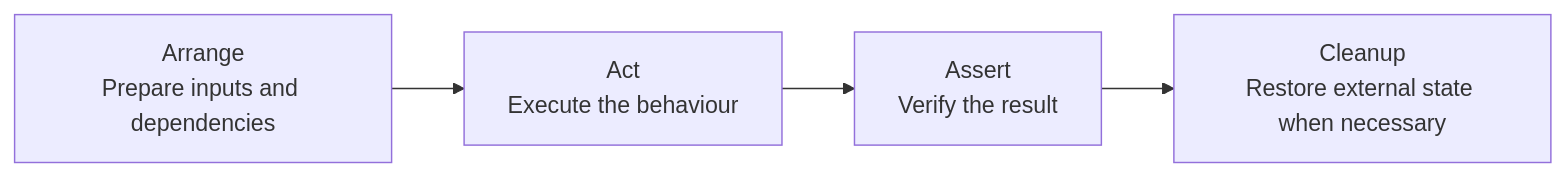
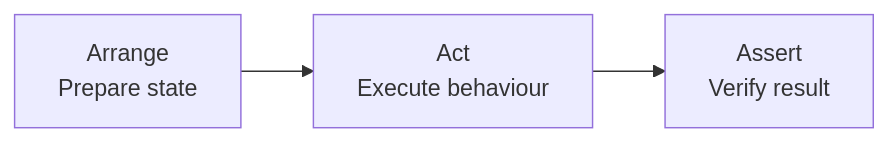
The third of 7 diagrams in src/content/testing/test-coverage-good-tests.md (AvadhBhalodiya/Interview-Preparation), drawn with Mermaid before and after one commit. The commit also changed other lines of this file and 54 other files, not shown here.

````diff
--- a/src/content/testing/test-coverage-good-tests.md
+++ b/src/content/testing/test-coverage-good-tests.md
@@ -614,9 +292,5 @@
 ```mermaid
 flowchart LR
-    ARRANGE[Arrange<br/>Prepare inputs and dependencies]
-    ACT[Act<br/>Execute the behaviour]
-    ASSERT[Assert<br/>Verify the result]
-    CLEANUP[Cleanup<br/>Restore external state when necessary]
-
-    ARRANGE --> ACT --> ASSERT --> CLEANUP
+    A["Arrange<br/>Prepare state"] --> B["Act<br/>Execute behaviour"]
+    B --> C["Assert<br/>Verify result"]
 ```
````
